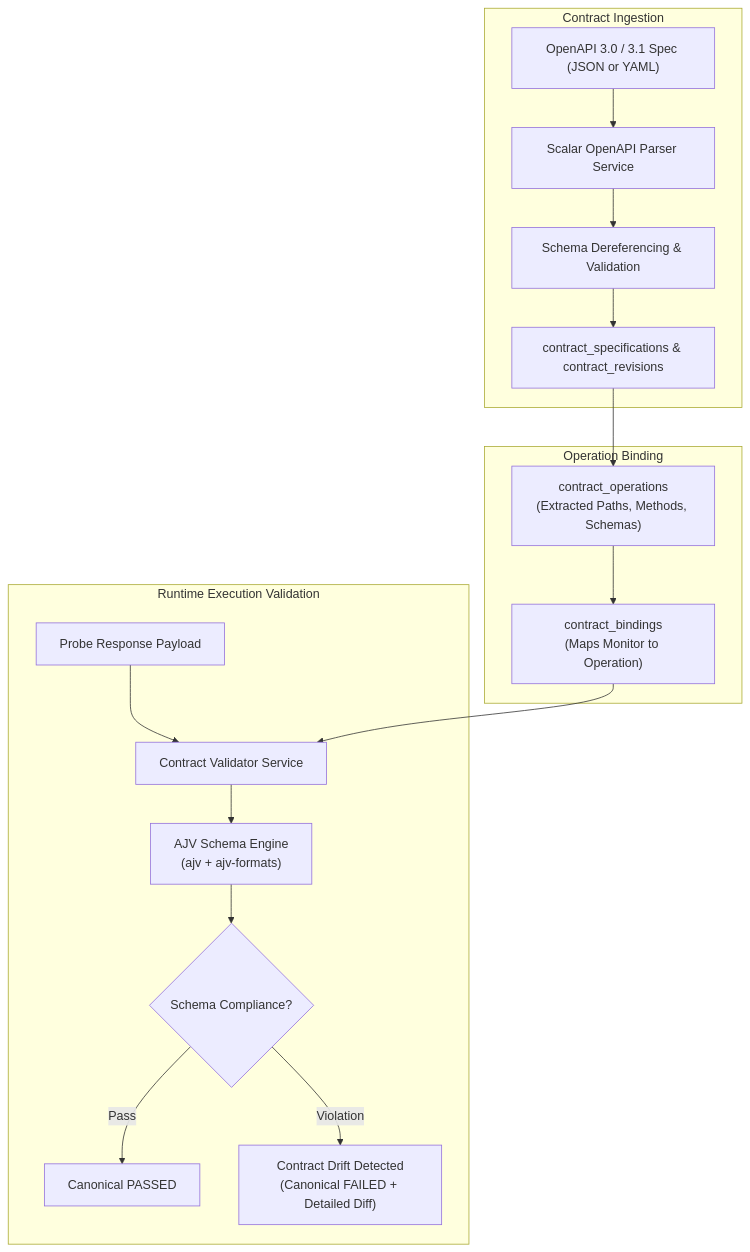
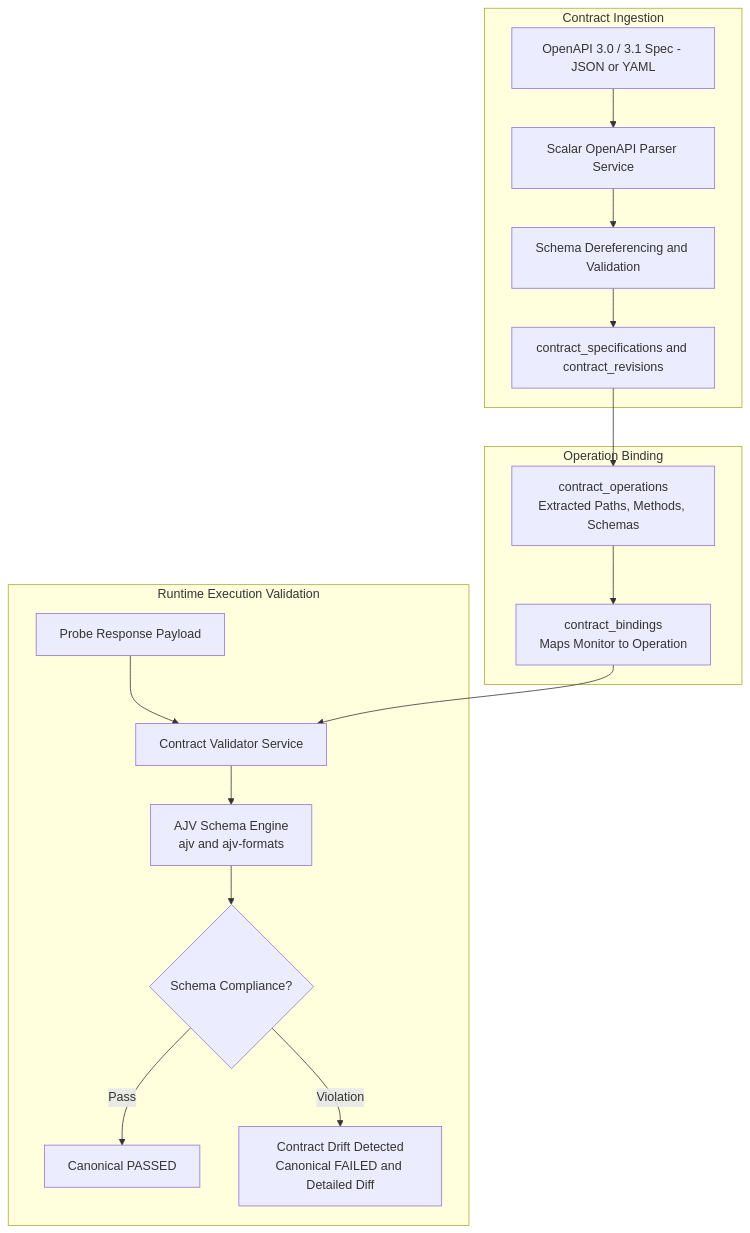
One commit to ritesh0w0/APIDash changed the diagram in docs/architecture/openapi-contracts.md. Above: the diagram before and after it, drawn with Mermaid. The commit also changed other lines of this file and 18 other files, not shown here.

Commit message:
fix(docs): resolve GitHub Mermaid parser syntax errors across all diagrams

````diff
--- a/docs/architecture/openapi-contracts.md
+++ b/docs/architecture/openapi-contracts.md
@@ -9,22 +9,22 @@
 ```mermaid
 graph TB
     subgraph Ingestion ["Contract Ingestion"]
-        Upload["OpenAPI 3.0 / 3.1 Spec (JSON or YAML)"] --> Parser["Scalar OpenAPI Parser Service"]
-        Parser --> Deref["Schema Dereferencing & Validation"]
-        Deref --> Storage["contract_specifications & contract_revisions"]
+        Upload["OpenAPI 3.0 / 3.1 Spec - JSON or YAML"] --> Parser["Scalar OpenAPI Parser Service"]
+        Parser --> Deref["Schema Dereferencing and Validation"]
+        Deref --> Storage["contract_specifications and contract_revisions"]
     end
 
     subgraph Binding ["Operation Binding"]
-        Storage --> Ops["contract_operations<br/>(Extracted Paths, Methods, Schemas)"]
-        Ops --> Bind["contract_bindings<br/>(Maps Monitor to Operation)"]
+        Storage --> Ops["contract_operations<br/>Extracted Paths, Methods, Schemas"]
+        Ops --> Bind["contract_bindings<br/>Maps Monitor to Operation"]
     end
 
     subgraph RuntimeValidation ["Runtime Execution Validation"]
         Probe["Probe Response Payload"] --> Validator["Contract Validator Service"]
         Bind --> Validator
-        Validator --> AJV["AJV Schema Engine<br/>(ajv + ajv-formats)"]
+        Validator --> AJV["AJV Schema Engine<br/>ajv and ajv-formats"]
         AJV --> Outcome{"Schema Compliance?"}
         Outcome -->|Pass| PassResult["Canonical PASSED"]
-        Outcome -->|Violation| Drift["Contract Drift Detected<br/>(Canonical FAILED + Detailed Diff)"]
+        Outcome -->|Violation| Drift["Contract Drift Detected<br/>Canonical FAILED and Detailed Diff"]
     end
 ```
````
